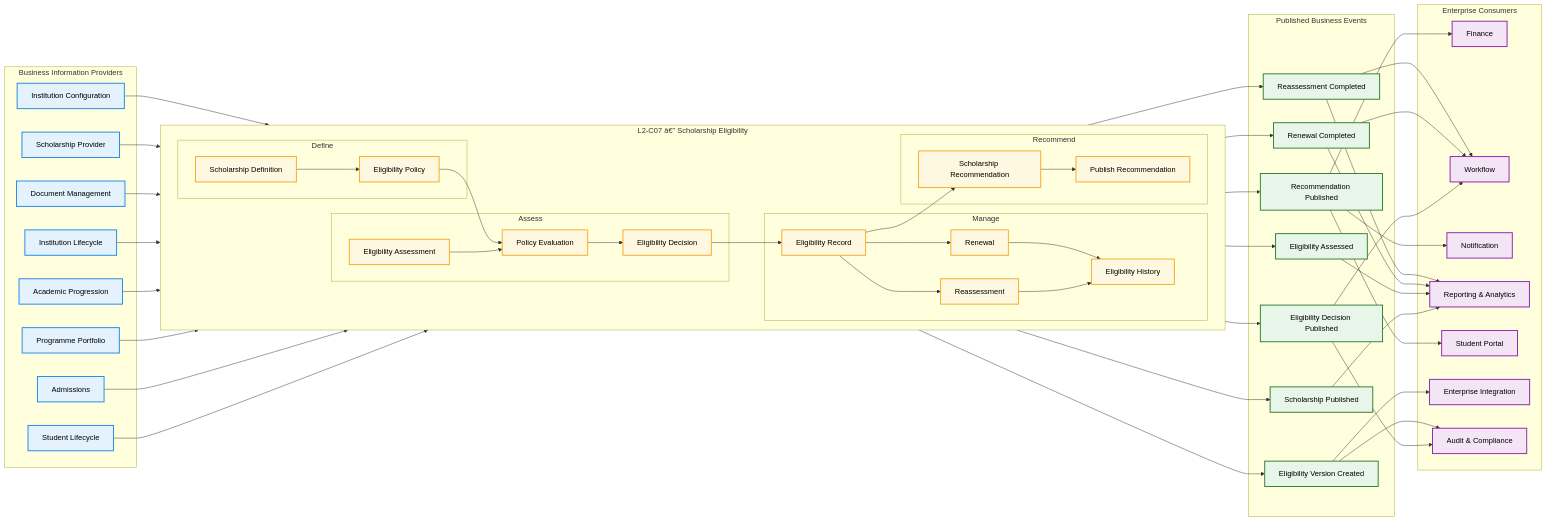
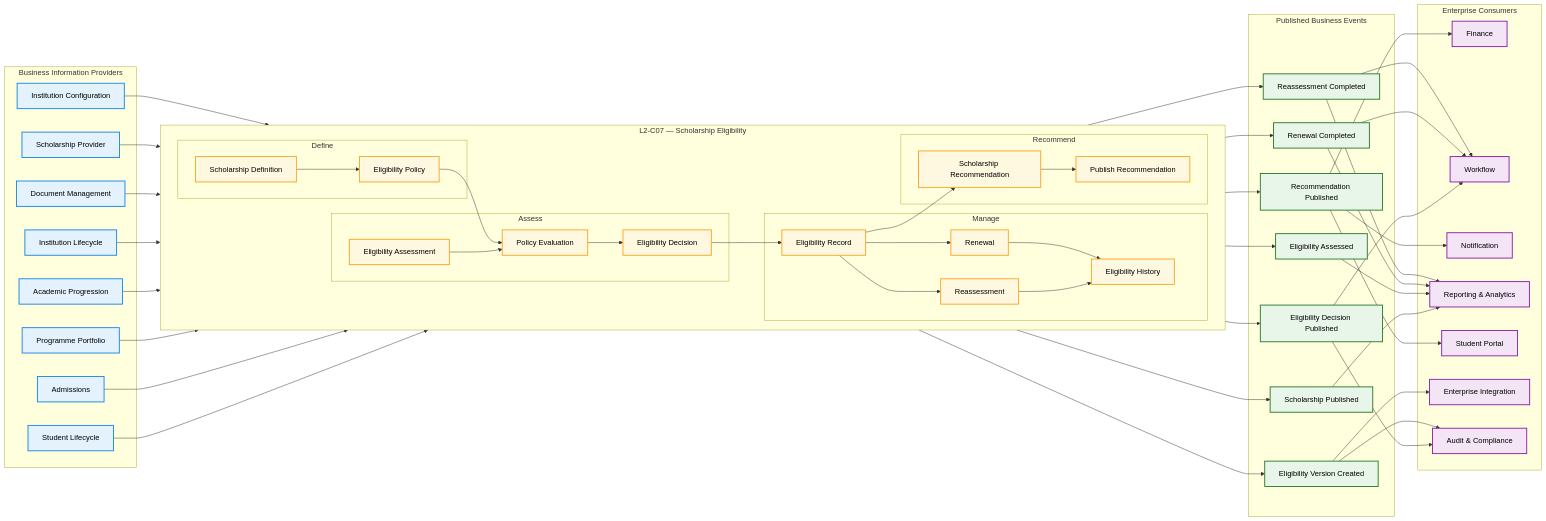
Diagram 15 of 15 in architecture/L2_Domain_Workflow_Architecture/section-c/L2-C07_Scholarship_Eligibility_Workflows.md (Varad1604/ERP_hark), drawn with Mermaid before and after one commit. The commit also changed other lines of this file and 39 other files, not shown here.

```diff
--- a/architecture/L2_Domain_Workflow_Architecture/section-c/L2-C07_Scholarship_Eligibility_Workflows.md
+++ b/architecture/L2_Domain_Workflow_Architecture/section-c/L2-C07_Scholarship_Eligibility_Workflows.md
@@ -4902,7 +4909,7 @@
 %% Scholarship Eligibility Domain
 %%==================================================
 
-subgraph DOMAIN["L2-C07 â€” Scholarship Eligibility"]
+subgraph DOMAIN["L2-C07 — Scholarship Eligibility"]
 
 direction LR
 
```
